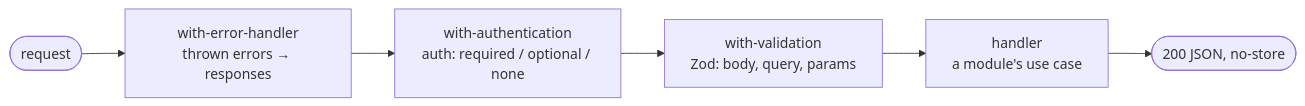
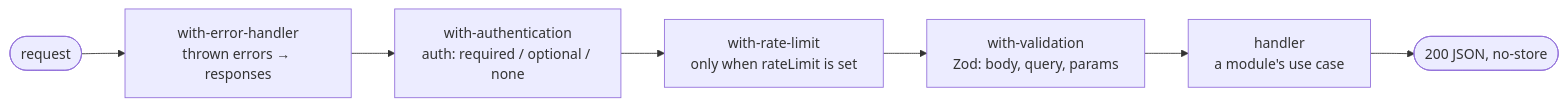
Before and after one commit to jobak-net/jobak: the diagram in docs/backend/API.md, drawn with Mermaid. The commit also changed other lines of this file and 21 other files, not shown here.

````diff
--- a/docs/backend/API.md
+++ b/docs/backend/API.md
@@ -42,8 +42,9 @@
 ```mermaid
 flowchart LR
     REQ([request]) --> EH["with-error-handler<br/>thrown errors → responses"]
     EH --> AU["with-authentication<br/>auth: required / optional / none"]
-    AU --> VA["with-validation<br/>Zod: body, query, params"]
+    AU --> RL["with-rate-limit<br/>only when rateLimit is set"]
+    RL --> VA["with-validation<br/>Zod: body, query, params"]
     VA --> H["handler<br/>a module's use case"]
     H --> RES(["200 JSON, no-store"])
 ```
````
